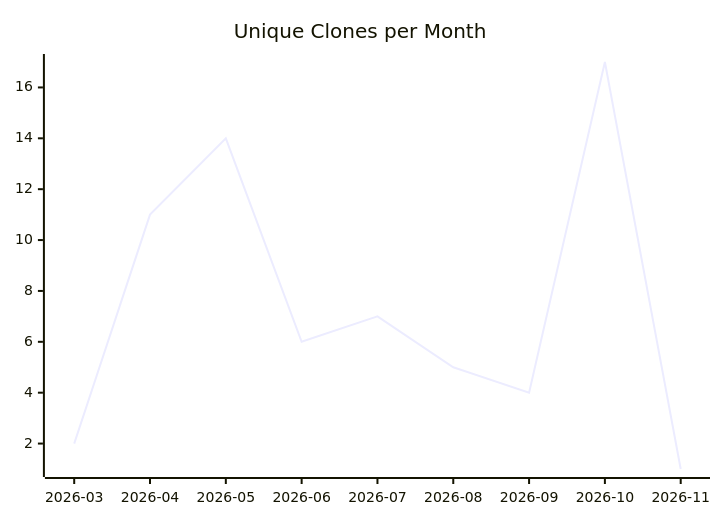
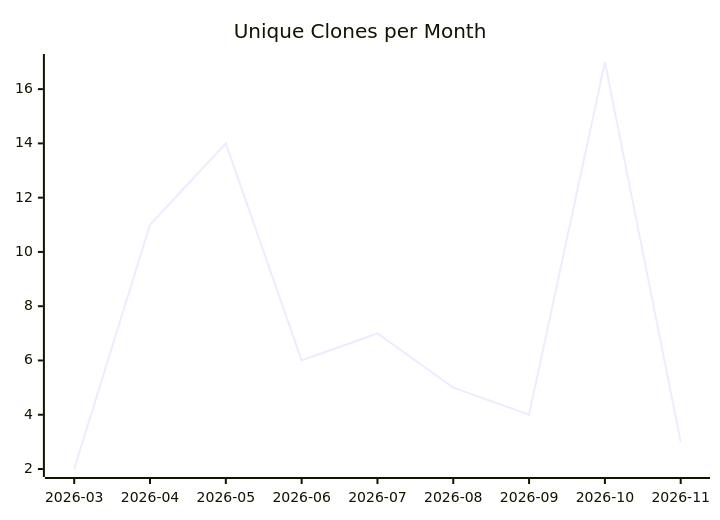
Before and after one commit to justdavis-family/github-analytics-data: the third of 3 diagrams in karlmdavis/m2e-core/README.md, drawn with Mermaid. The commit also changed other lines of this file and 192 other files, not shown here.

````diff
--- a/karlmdavis/m2e-core/README.md
+++ b/karlmdavis/m2e-core/README.md
@@ -19,6 +19,6 @@
 ```mermaid
 xychart-beta
   title "Unique Clones per Month"
   x-axis ["2026-03", "2026-04", "2026-05", "2026-06", "2026-07", "2026-08", "2026-09", "2026-10", "2026-11"]
-  line [2, 11, 14, 6, 7, 5, 4, 17, 1]
+  line [2, 11, 14, 6, 7, 5, 4, 17, 3]
 ```
````
